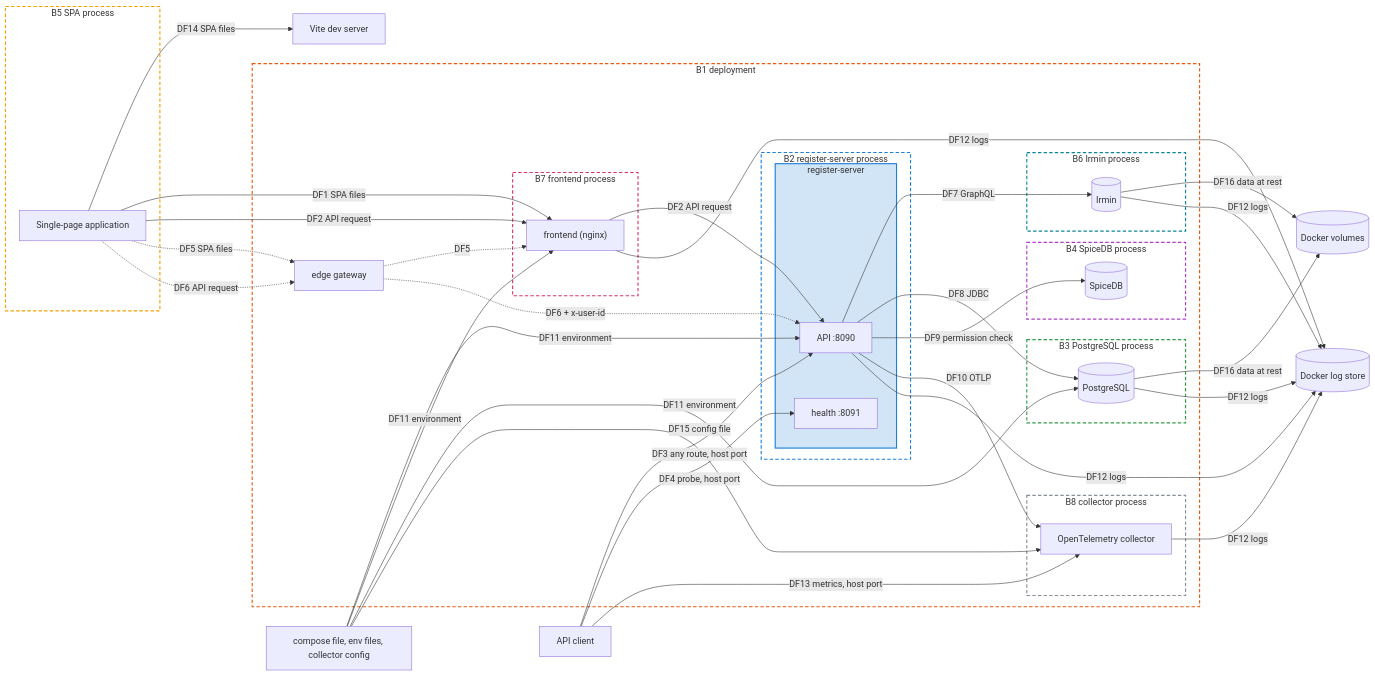
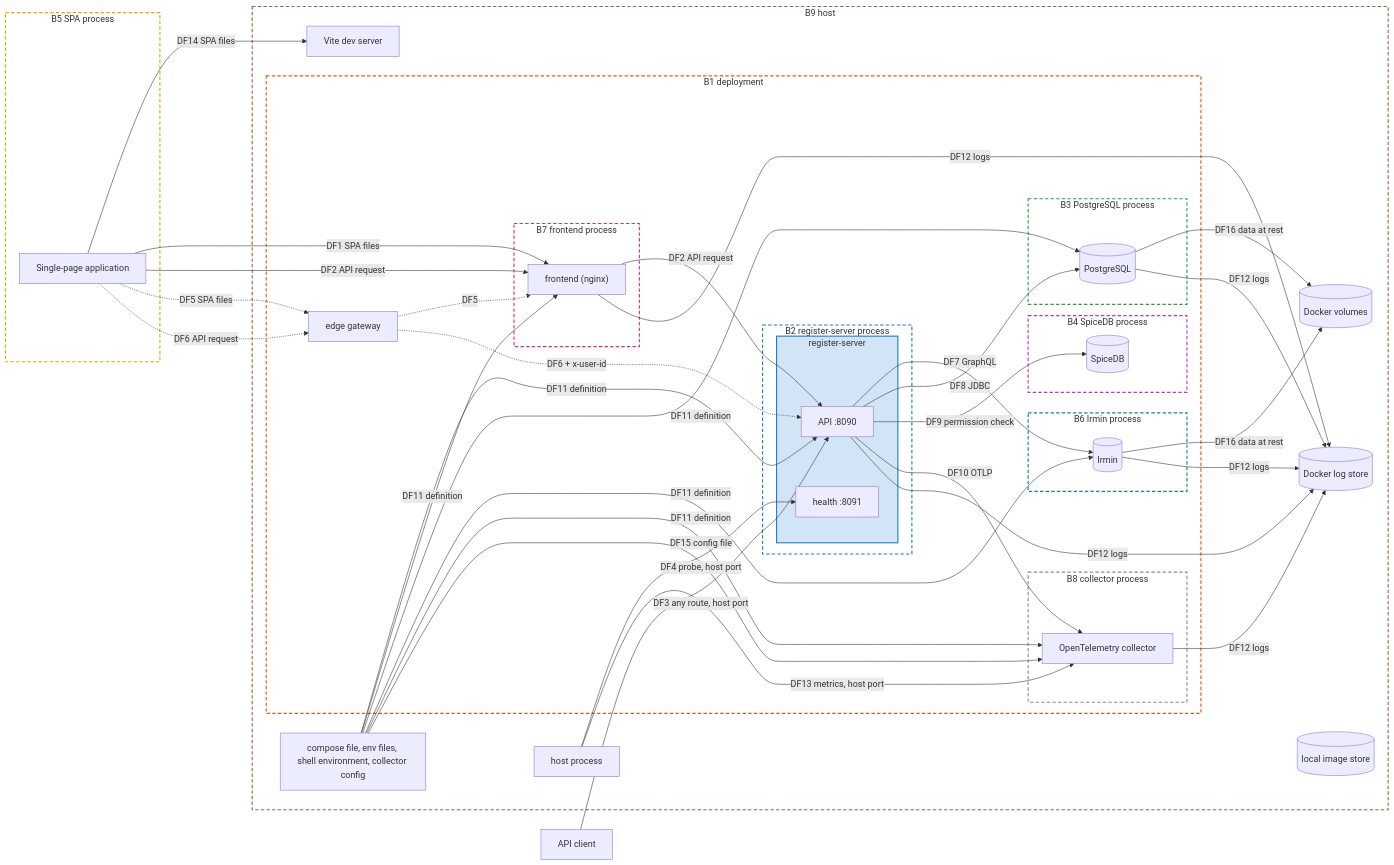
The diagram in docs/dev/threat-models/APPLICATION-TM.md (risquanter/register), drawn with Mermaid before and after one commit. The commit also changed other lines of this file and 2 other files, not shown here.

Commit message:
threat-models: host boundary B9, DF11 as each container's definition, DF19 image defaults, host process element; assessed at 90b5d67a

````diff
--- a/docs/dev/threat-models/APPLICATION-TM.md
+++ b/docs/dev/threat-models/APPLICATION-TM.md
@@ -268,43 +275,48 @@
 ```mermaid
 flowchart LR
   CLIENT["API client"]
-  VITE["Vite dev server"]
-  LOGS[("Docker log store")]
-  VOL[("Docker volumes")]
-  ENV["compose file, env files, collector config"]
 
   subgraph B5["B5 SPA process"]
     SPA["Single-page application"]
   end
 
-  subgraph B1["B1 deployment"]
-    GW["edge gateway"]
+  subgraph B9["B9 host"]
+    VITE["Vite dev server"]
+    LOGS[("Docker log store")]
+    VOL[("Docker volumes")]
+    ENV["compose file, env files, shell environment, collector config"]
+    IMG[("local image store")]
+    HOSTP["host process"]
 
-    subgraph B7["B7 frontend process"]
-      NGINX["frontend (nginx)"]
-    end
+    subgraph B1["B1 deployment"]
+      GW["edge gateway"]
 
-    subgraph B2["B2 register-server process"]
-      subgraph RS["register-server"]
-        API["API :8090"]
-        HEALTH["health :8091"]
+      subgraph B7["B7 frontend process"]
+        NGINX["frontend (nginx)"]
       end
-    end
 
-    subgraph B6["B6 Irmin process"]
-      IRMIN[("Irmin")]
-    end
+      subgraph B2["B2 register-server process"]
+        subgraph RS["register-server"]
+          API["API :8090"]
+          HEALTH["health :8091"]
+        end
+      end
 
-    subgraph B3["B3 PostgreSQL process"]
-      PG[("PostgreSQL")]
-    end
+      subgraph B6["B6 Irmin process"]
+        IRMIN[("Irmin")]
+      end
 
-    subgraph B4["B4 SpiceDB process"]
-      SPICEDB[("SpiceDB")]
-    end
+      subgraph B3["B3 PostgreSQL process"]
+        PG[("PostgreSQL")]
+      end
 
-    subgraph B8["B8 collector process"]
-      OTEL["OpenTelemetry collector"]
+      subgraph B4["B4 SpiceDB process"]
+        SPICEDB[("SpiceDB")]
+      end
+
+      subgraph B8["B8 collector process"]
+        OTEL["OpenTelemetry collector"]
+      end
     end
   end
 
@@ -313,8 +325,8 @@
   SPA -- "DF2 API request" --> NGINX
   NGINX -- "DF2 API request" --> API
   CLIENT -- "DF3 any route, host port" --> API
-  CLIENT -- "DF4 probe, host port" --> HEALTH
-  CLIENT -- "DF13 metrics, host port" --> OTEL
+  HOSTP -- "DF4 probe, host port" --> HEALTH
+  HOSTP -- "DF13 metrics, host port" --> OTEL
   SPA -. "DF5 SPA files" .-> GW
   GW -. "DF5" .-> NGINX
   SPA -. "DF6 API request" .-> GW
@@ -323,9 +335,11 @@
   API -- "DF8 JDBC" --> PG
   API -- "DF9 permission check" --> SPICEDB
   API -- "DF10 OTLP" --> OTEL
-  ENV -- "DF11 environment" --> API
-  ENV -- "DF11 environment" --> NGINX
-  ENV -- "DF11 environment" --> PG
+  ENV -- "DF11 definition" --> API
+  ENV -- "DF11 definition" --> NGINX
+  ENV -- "DF11 definition" --> PG
+  ENV -- "DF11 definition" --> IRMIN
+  ENV -- "DF11 definition" --> OTEL
   ENV -- "DF15 config file" --> OTEL
   IRMIN -- "DF16 data at rest" --> VOL
   PG -- "DF16 data at rest" --> VOL
@@ -343,5 +357,6 @@
   style B6 fill:none,stroke:#0c8599,stroke-width:2px,stroke-dasharray:6 4
   style B7 fill:none,stroke:#d6336c,stroke-width:2px,stroke-dasharray:6 4
   style B8 fill:none,stroke:#868e96,stroke-width:2px,stroke-dasharray:6 4
+  style B9 fill:none,stroke:#9c6644,stroke-width:2px,stroke-dasharray:6 4
   style RS fill:#1c7ed633,stroke:#1c7ed6,stroke-width:2px
 ```
````
